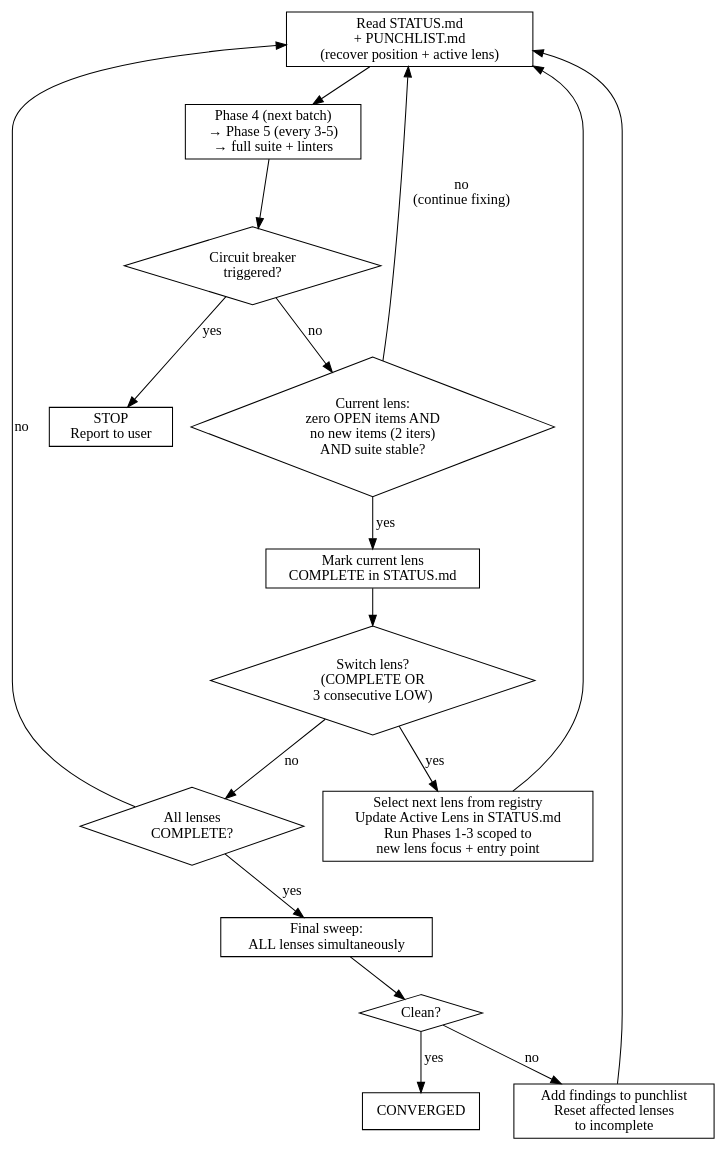
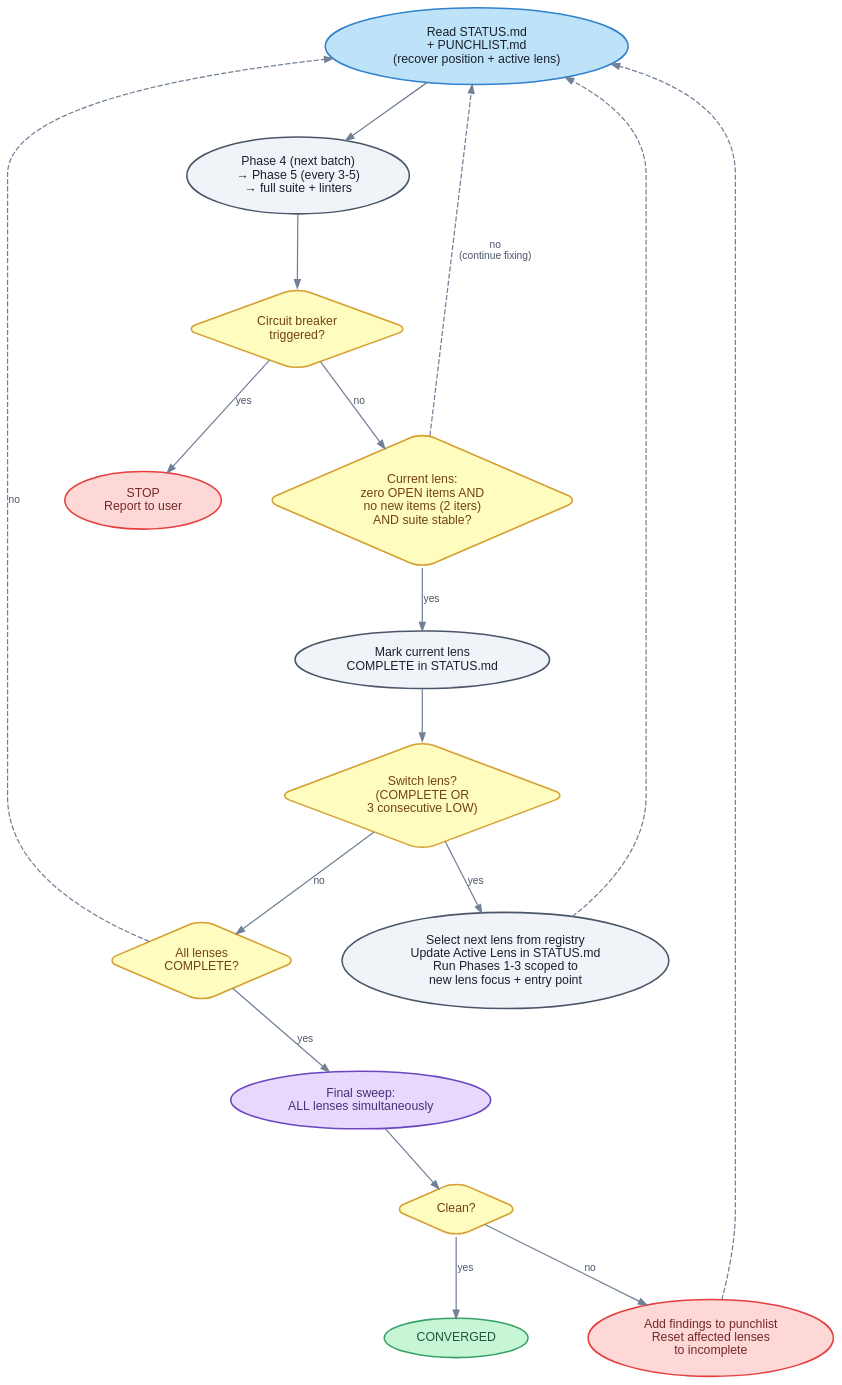
Before and after one commit to jbrjake/holtz: the diagram in docs/diagrams/holtz-convergence.dot, drawn with Graphviz. The commit also changed 7 other files, not shown here.

First line of the commit message:
docs: style diagrams with color-coded nodes and clean typography

```diff
--- a/docs/diagrams/holtz-convergence.dot
+++ b/docs/diagrams/holtz-convergence.dot
@@ -1,35 +1,118 @@
 digraph {
   rankdir=TB
-  node [shape=box]
+  bgcolor="transparent"
+  pad=0.4
+  nodesep=0.6
+  ranksep=0.7
 
-  recover [label="Read STATUS.md\n+ PUNCHLIST.md\n(recover position + active lens)"]
-  fix_loop [label="Phase 4 (next batch)\n→ Phase 5 (every 3-5)\n→ full suite + linters"]
-  breaker [label="Circuit breaker\ntriggered?" shape=diamond]
-  stop [label="STOP\nReport to user"]
-  lens_clean [label="Current lens:\nzero OPEN items AND\nno new items (2 iters)\nAND suite stable?" shape=diamond]
-  mark [label="Mark current lens\nCOMPLETE in STATUS.md"]
-  switch [label="Switch lens?\n(COMPLETE OR\n3 consecutive LOW)" shape=diamond]
-  next_lens [label="Select next lens from registry\nUpdate Active Lens in STATUS.md\nRun Phases 1-3 scoped to\nnew lens focus + entry point"]
-  all_done [label="All lenses\nCOMPLETE?" shape=diamond]
-  final [label="Final sweep:\nALL lenses simultaneously"]
-  clean [label="Clean?" shape=diamond]
-  converged [label="CONVERGED"]
-  reset [label="Add findings to punchlist\nReset affected lenses\nto incomplete"]
+  node [
+    fontname="Helvetica"
+    fontsize=12
+    style="filled,rounded"
+    fillcolor="#f0f4f8"
+    color="#4a5568"
+    fontcolor="#1a202c"
+    penwidth=1.5
+    margin="0.15,0.1"
+  ]
+
+  edge [
+    fontname="Helvetica"
+    fontsize=10
+    fontcolor="#4a5568"
+    color="#718096"
+    penwidth=1.2
+    arrowsize=0.8
+  ]
+
+  recover [
+    label="Read STATUS.md\n+ PUNCHLIST.md\n(recover position + active lens)"
+    fillcolor="#bee3f8"
+    color="#3182ce"
+  ]
+  fix_loop [
+    label="Phase 4 (next batch)\n→ Phase 5 (every 3-5)\n→ full suite + linters"
+  ]
+  breaker [
+    label="Circuit breaker\ntriggered?"
+    shape=diamond
+    fillcolor="#fefcbf"
+    color="#d69e2e"
+    fontcolor="#744210"
+  ]
+  stop [
+    label="STOP\nReport to user"
+    fillcolor="#fed7d7"
+    color="#e53e3e"
+    fontcolor="#742a2a"
+  ]
+  lens_clean [
+    label="Current lens:\nzero OPEN items AND\nno new items (2 iters)\nAND suite stable?"
+    shape=diamond
+    fillcolor="#fefcbf"
+    color="#d69e2e"
+    fontcolor="#744210"
+  ]
+  mark [
+    label="Mark current lens\nCOMPLETE in STATUS.md"
+  ]
+  switch [
+    label="Switch lens?\n(COMPLETE OR\n3 consecutive LOW)"
+    shape=diamond
+    fillcolor="#fefcbf"
+    color="#d69e2e"
+    fontcolor="#744210"
+  ]
+  next_lens [
+    label="Select next lens from registry\nUpdate Active Lens in STATUS.md\nRun Phases 1-3 scoped to\nnew lens focus + entry point"
+  ]
+  all_done [
+    label="All lenses\nCOMPLETE?"
+    shape=diamond
+    fillcolor="#fefcbf"
+    color="#d69e2e"
+    fontcolor="#744210"
+  ]
+  final [
+    label="Final sweep:\nALL lenses simultaneously"
+    fillcolor="#e9d8fd"
+    color="#6b46c1"
+    fontcolor="#44337a"
+  ]
+  clean [
+    label="Clean?"
+    shape=diamond
+    fillcolor="#fefcbf"
+    color="#d69e2e"
+    fontcolor="#744210"
+  ]
+  converged [
+    label="CONVERGED"
+    fillcolor="#c6f6d5"
+    color="#38a169"
+    fontcolor="#22543d"
+  ]
+  reset [
+    label="Add findings to punchlist\nReset affected lenses\nto incomplete"
+    fillcolor="#fed7d7"
+    color="#e53e3e"
+    fontcolor="#742a2a"
+  ]
 
   recover -> fix_loop
   fix_loop -> breaker
   breaker -> stop [label="yes"]
   breaker -> lens_clean [label="no"]
   lens_clean -> mark [label="yes"]
-  lens_clean -> recover [label="no\n(continue fixing)"]
+  lens_clean -> recover [label="no\n(continue fixing)" style=dashed]
   mark -> switch
   switch -> next_lens [label="yes"]
   switch -> all_done [label="no"]
-  next_lens -> recover
+  next_lens -> recover [style=dashed]
   all_done -> final [label="yes"]
-  all_done -> recover [label="no"]
+  all_done -> recover [label="no" style=dashed]
   final -> clean
   clean -> converged [label="yes"]
   clean -> reset [label="no"]
-  reset -> recover
+  reset -> recover [style=dashed]
 }
```
